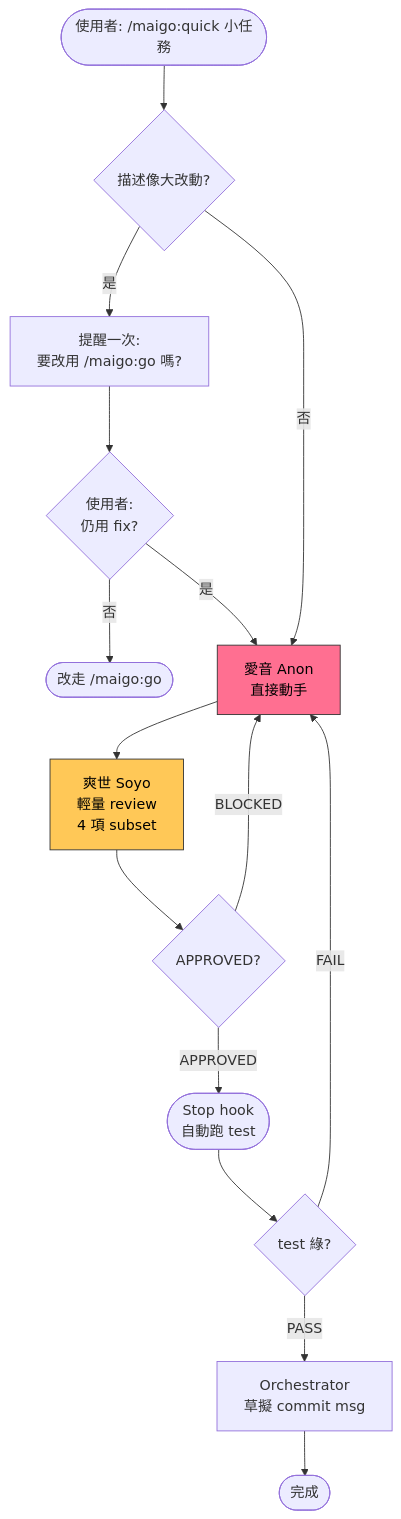
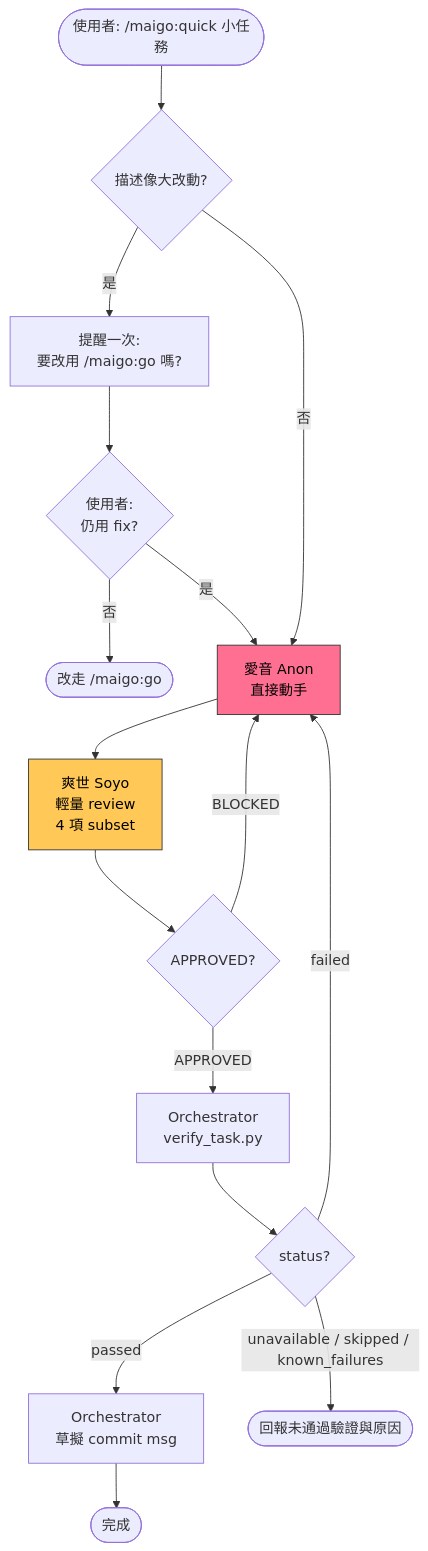
Before and after one commit to Lee-W/maigo: the diagram in docs/commands/quick.md, drawn with Mermaid. The commit also changed 21 other files, not shown here.

````diff
--- a/docs/commands/quick.md
+++ b/docs/commands/quick.md
@@ -1,25 +1,26 @@
 ```mermaid
 flowchart TD
     Start([使用者: /maigo:quick 小任務]) --> Gate{描述像大改動?}
     Gate -- 是 --> Warn[提醒一次:<br/>要改用 /maigo:go 嗎?]
     Warn --> UserChoose{使用者:<br/>仍用 fix?}
     UserChoose -- 否 --> Redirect([改走 /maigo:go])
     UserChoose -- 是 --> Anon
     Gate -- 否 --> Anon[愛音 Anon<br/>直接動手]
     Anon --> Soyo[爽世 Soyo<br/>輕量 review<br/>4 項 subset]
     Soyo --> SoyoVerdict{APPROVED?}
     SoyoVerdict -- BLOCKED --> Anon
-    SoyoVerdict -- APPROVED --> StopHook([Stop hook<br/>自動跑 test])
-    StopHook --> HookVerdict{test 綠?}
-    HookVerdict -- FAIL --> Anon
-    HookVerdict -- PASS --> Commit[Orchestrator<br/>草擬 commit msg]
+    SoyoVerdict -- APPROVED --> Verification[Orchestrator<br/>verify_task.py]
+    Verification --> HookVerdict{status?}
+    HookVerdict -- failed --> Anon
+    HookVerdict -- passed --> Commit[Orchestrator<br/>草擬 commit msg]
+    HookVerdict -- unavailable / skipped / known_failures --> Unverified([回報未通過驗證與原因])
     Commit --> Done([完成])
 
     classDef raana fill:#6EEB83,stroke:#333,color:#000
     classDef tomori fill:#6EC1E4,stroke:#333,color:#000
     classDef anon fill:#FF6F91,stroke:#333,color:#000
     classDef soyo fill:#FFC857,stroke:#333,color:#000
     classDef taki fill:#7A5CFF,stroke:#333,color:#fff
     class Anon anon
     class Soyo soyo
 ```
````
